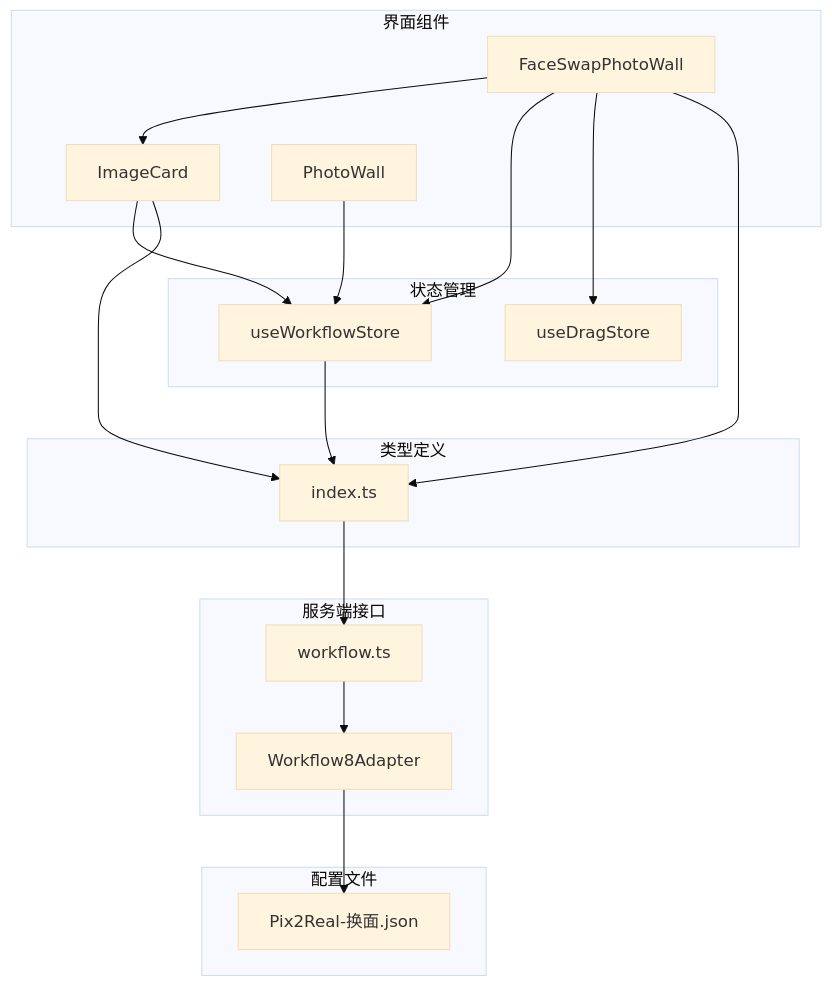
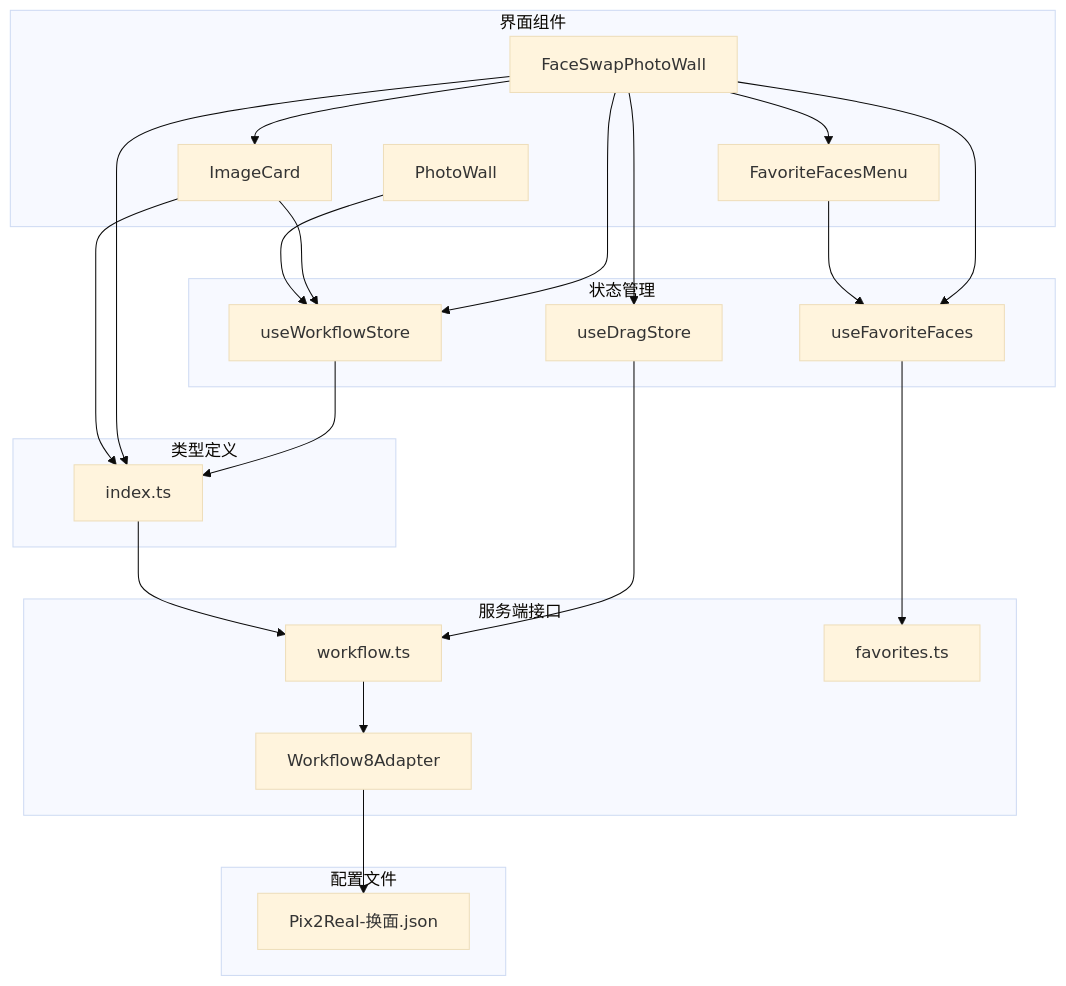
One commit to billye220670/CorineKit_Pix2Real changed the ninth of 9 diagrams in .qoder/repowiki/zh/content/专业功能/面部交换.md. Above: the diagram before and after it, drawn with Mermaid (base theme). The commit also changed other lines of this file and 73 other files, not shown here.

````diff
--- a/.qoder/repowiki/zh/content/专业功能/面部交换.md
+++ b/.qoder/repowiki/zh/content/专业功能/面部交换.md
@@ -310,33 +438,41 @@
 ```mermaid
 graph TB
 subgraph "界面组件"
 A[FaceSwapPhotoWall]
 B[ImageCard]
 C[PhotoWall]
+D[FavoriteFacesMenu]
 end
 subgraph "状态管理"
-D[useWorkflowStore]
-E[useDragStore]
+E[useWorkflowStore]
+F[useDragStore]
+G[useFavoriteFaces]
 end
 subgraph "类型定义"
-F[index.ts]
+H[index.ts]
 end
 subgraph "服务端接口"
-G[workflow.ts]
-H[Workflow8Adapter]
+I[workflow.ts]
+J[Workflow8Adapter]
+K[favorites.ts]
 end
 subgraph "配置文件"
-I[Pix2Real-换面.json]
+L[Pix2Real-换面.json]
 end
 A --> B
 A --> D
 A --> E
-B --> D
-C --> D
-D --> F
-F --> G
-G --> H
+A --> F
+A --> G
+B --> E
+C --> E
+D --> G
+E --> H
+G --> K
+F --> I
 H --> I
-A --> F
-B --> F
+I --> J
+J --> L
+A --> H
+B --> H
 ```
````
